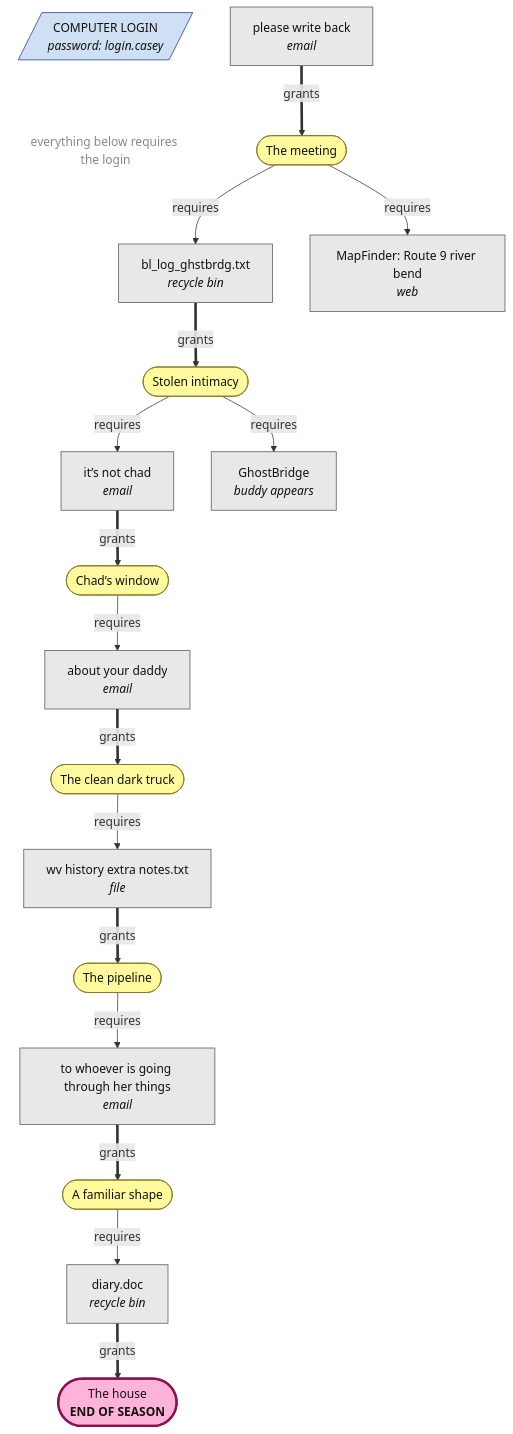
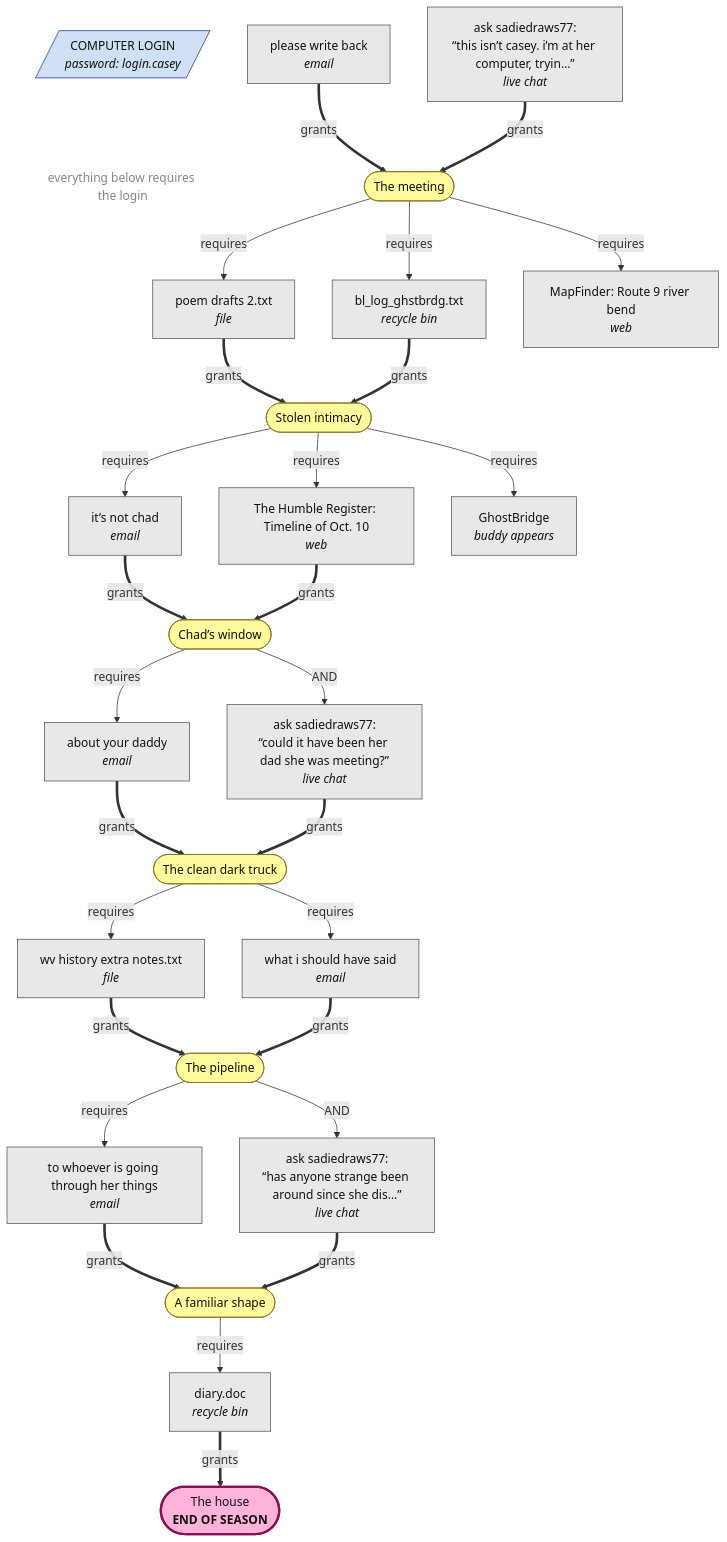
Before and after one commit to adamthedorsey/last-login: the diagram in docs/clue-graph.md, drawn with Mermaid. The commit also changed other lines of this file and 16 other files, not shown here.

First line of the commit message:
Live chat, two-path clue graph, and the GhostBridge epilogue

````diff
--- a/docs/clue-graph.md
+++ b/docs/clue-graph.md
@@ -9,41 +9,58 @@
 ```mermaid
 flowchart TD
   classDef discovery fill:#fffa9d,stroke:#887722,color:#111
   classDef finale fill:#ffb3d9,stroke:#8a1055,color:#111,stroke-width:3px
   classDef item fill:#e8e8e8,stroke:#555,color:#111
   classDef locked fill:#cfe0f5,stroke:#1a3a8a,color:#111
   classDef note fill:none,stroke:none,color:#888
   login[/"COMPUTER LOGIN<br/><i>password: login.casey</i>"/]:::locked
   login ~~~ loginNote["everything below requires the login"]:::note
   d_the_meeting(["The meeting"]):::discovery
   d_stolen_intimacy(["Stolen intimacy"]):::discovery
   d_chads_window(["Chad’s window"]):::discovery
   d_the_clean_truck(["The clean dark truck"]):::discovery
   d_the_pipeline(["The pipeline"]):::discovery
   d_who_shaped(["A familiar shape"]):::discovery
   d_the_house(["The house<br/><b>END OF SEASON</b>"]):::finale
   i_file_ledger_copy["wv history extra notes.txt<br/><i>file</i>"]:::item
   i_file_ledger_copy ==>|grants| d_the_pipeline
   d_the_clean_truck -->|requires| i_file_ledger_copy
+  i_file_gb_log_oct8["poem drafts 2.txt<br/><i>file</i>"]:::item
+  i_file_gb_log_oct8 ==>|grants| d_stolen_intimacy
+  d_the_meeting -->|requires| i_file_gb_log_oct8
   i_email_sadie_please["please write back<br/><i>email</i>"]:::item
   i_email_sadie_please ==>|grants| d_the_meeting
   i_email_sadie_notchad["it’s not chad<br/><i>email</i>"]:::item
   i_email_sadie_notchad ==>|grants| d_chads_window
   d_stolen_intimacy -->|requires| i_email_sadie_notchad
   i_email_ruth_yourdad["about your daddy<br/><i>email</i>"]:::item
   i_email_ruth_yourdad ==>|grants| d_the_clean_truck
   d_chads_window -->|requires| i_email_ruth_yourdad
+  i_email_sam_plain["what i should have said<br/><i>email</i>"]:::item
+  i_email_sam_plain ==>|grants| d_the_pipeline
+  d_the_clean_truck -->|requires| i_email_sam_plain
   i_email_rebecca["to whoever is going through her things<br/><i>email</i>"]:::item
   i_email_rebecca ==>|grants| d_who_shaped
   d_the_pipeline -->|requires| i_email_rebecca
   i_trash_bl_log["bl_log_ghstbrdg.txt<br/><i>recycle bin</i>"]:::item
   i_trash_bl_log ==>|grants| d_stolen_intimacy
   d_the_meeting -->|requires| i_trash_bl_log
   i_trash_diary["diary.doc<br/><i>recycle bin</i>"]:::item
   i_trash_diary ==>|grants| d_the_house
   d_who_shaped -->|requires| i_trash_diary
+  i_web_register_timeline["The Humble Register: Timeline of Oct. 10<br/><i>web</i>"]:::item
+  i_web_register_timeline ==>|grants| d_chads_window
+  d_stolen_intimacy -->|requires| i_web_register_timeline
   i_web_mapfinder_bend["MapFinder: Route 9 river bend<br/><i>web</i>"]:::item
   d_the_meeting -->|requires| i_web_mapfinder_bend
   b_GhostBridge["GhostBridge<br/><i>buddy appears</i>"]:::item
   d_stolen_intimacy -->|requires| b_GhostBridge
+  c_sadiedraws77_intro["ask sadiedraws77:<br/>“this isn’t casey. i’m at her computer, tryin…”<br/><i>live chat</i>"]:::item
+  c_sadiedraws77_intro ==>|grants| d_the_meeting
+  c_sadiedraws77_frank["ask sadiedraws77:<br/>“could it have been her dad she was meeting?”<br/><i>live chat</i>"]:::item
+  c_sadiedraws77_frank ==>|grants| d_the_clean_truck
+  d_chads_window -->|AND| c_sadiedraws77_frank
+  c_sadiedraws77_vigil["ask sadiedraws77:<br/>“has anyone strange been around since she dis…”<br/><i>live chat</i>"]:::item
+  c_sadiedraws77_vigil ==>|grants| d_who_shaped
+  d_the_pipeline -->|AND| c_sadiedraws77_vigil
 ```
````
